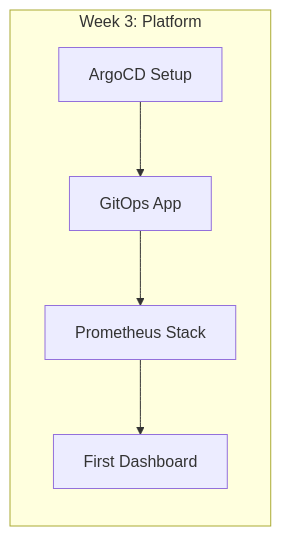
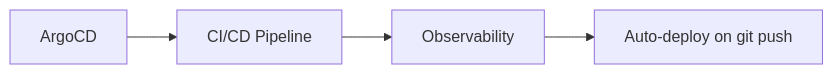
Before and after one commit to PearlThoughtsInternship/Internship-Obsidian-Vault: the ninth of 11 diagrams in DevOps/02-Engineering/01-Architecture.md, drawn with Mermaid. The commit also changed other lines of this file and 1 other file, not shown here.

First line of the commit message:
Rewrite market context and architecture with ContentAI product-first narrative

````diff
--- a/DevOps/02-Engineering/01-Architecture.md
+++ b/DevOps/02-Engineering/01-Architecture.md
@@ -468,8 +393,6 @@
 ```mermaid
 flowchart LR
-    subgraph W3["Week 3: Platform"]
-        T9["ArgoCD Setup"] --> T10["GitOps App"]
-        T10 --> T11["Prometheus Stack"]
-        T11 --> T12["First Dashboard"]
-    end
+    T10["ArgoCD"] --> T11["CI/CD Pipeline"]
+    T11 --> T12["Observability"]
+    T12 --> T13["Auto-deploy on git push"]
 ```
````
